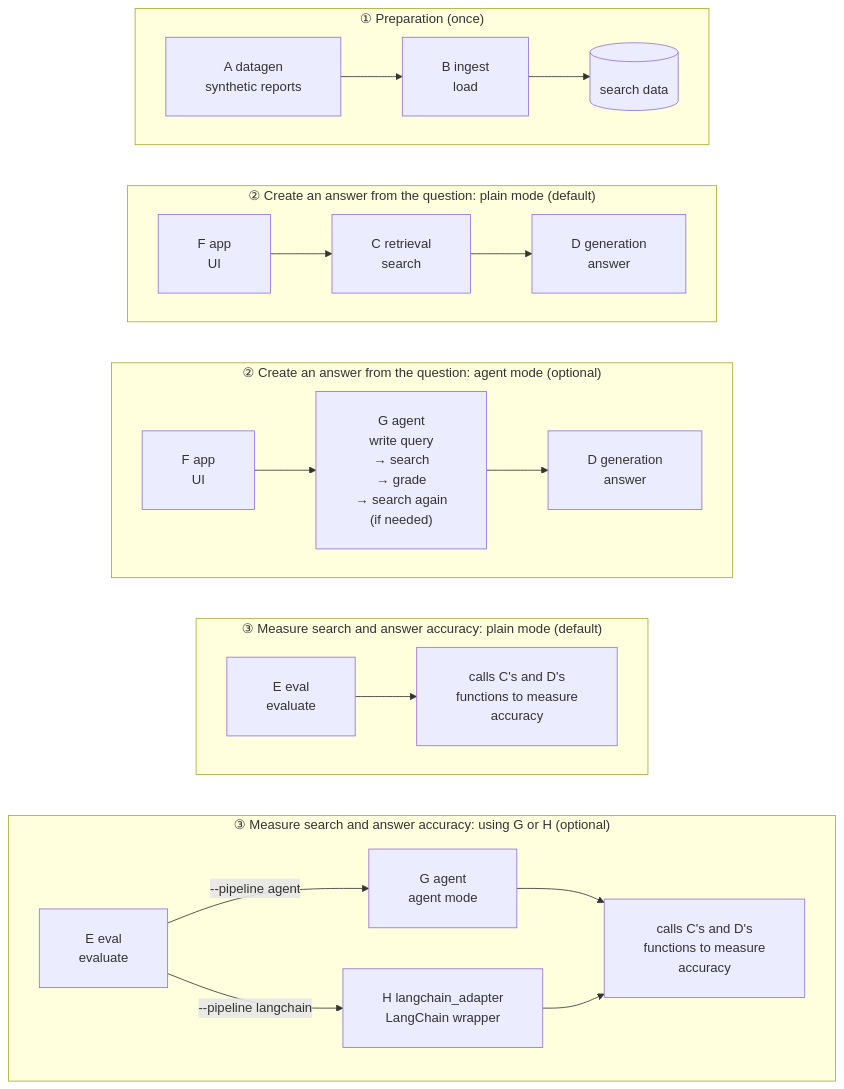
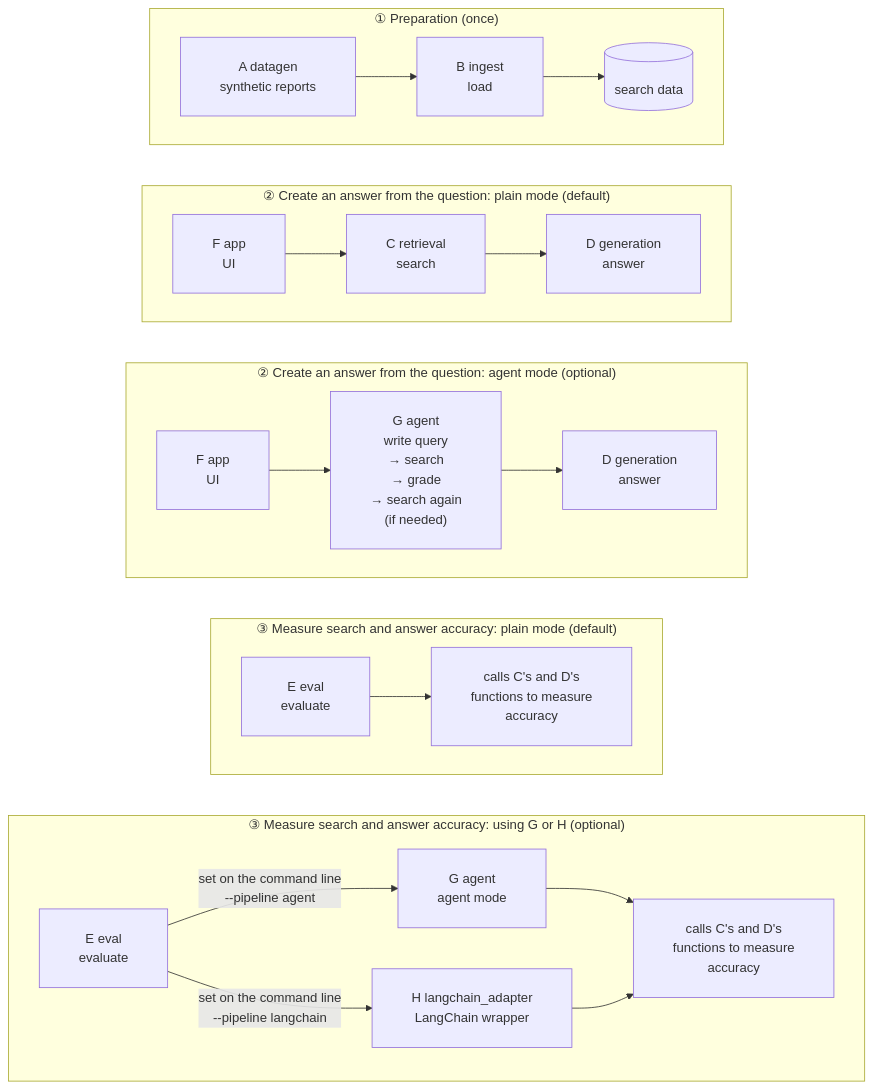
One commit to satoshi-abe-dev/silo-rag changed the first of 3 diagrams in README_en.md. Above: the diagram before and after it, drawn with Mermaid. The commit also changed other lines of this file and 1 other file, not shown here.

````diff
--- a/README_en.md
+++ b/README_en.md
@@ -136,29 +136,29 @@
 ```mermaid
 %%{init: {"flowchart": {"padding": 24, "wrappingWidth": 400}}}%%
 graph TB
     subgraph prep["① Preparation (once)"]
         direction LR
         A["A datagen<br/>synthetic reports"] --> B["B ingest<br/>load"] --> DB[("search data")]
     end
     subgraph plain["② Create an answer from the question: plain mode (default)"]
         direction LR
         F1["F app<br/>UI"] --> C1["C retrieval<br/>search"] --> D1["D generation<br/>answer"]
     end
     subgraph agent["② Create an answer from the question: agent mode (optional)"]
         direction LR
         F2["F app<br/>UI"] --> G["G agent<br/>write query<br/>→ search<br/>→ grade<br/>→ search again<br/>(if needed)"] --> D2["D generation<br/>answer"]
     end
     subgraph ev["③ Measure search and answer accuracy: plain mode (default)"]
         direction LR
         E1["E eval<br/>evaluate"] --> CD1["calls C's and D's<br/>functions to measure<br/>accuracy"]
     end
     subgraph ev2["③ Measure search and answer accuracy: using G or H (optional)"]
         direction LR
-        E2["E eval<br/>evaluate"] -->|"--pipeline agent"| G2["G agent<br/>agent mode"] --> CD2["calls C's and D's<br/>functions to measure<br/>accuracy"]
-        E2 -->|"--pipeline langchain"| H["H langchain_adapter<br/>LangChain wrapper"] --> CD2
+        E2["E eval<br/>evaluate"] -->|"set on the command line<br/>--pipeline agent"| G2["G agent<br/>agent mode"] --> CD2["calls C's and D's<br/>functions to measure<br/>accuracy"]
+        E2 -->|"set on the command line<br/>--pipeline langchain"| H["H langchain_adapter<br/>LangChain wrapper"] --> CD2
     end
     prep ~~~ plain
     plain ~~~ agent
     agent ~~~ ev
     ev ~~~ ev2
 ```
````
